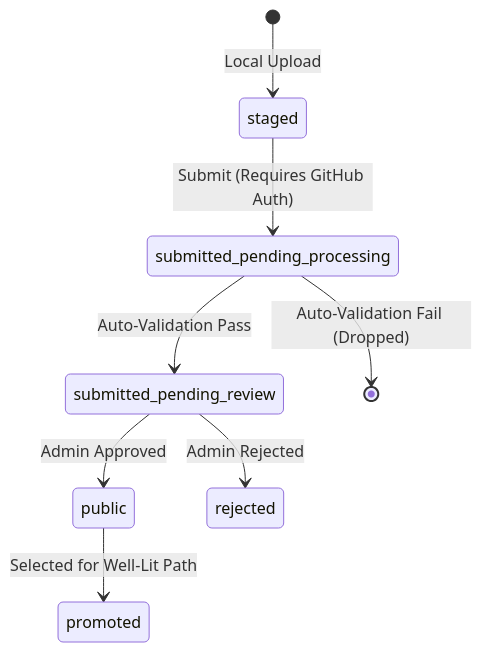
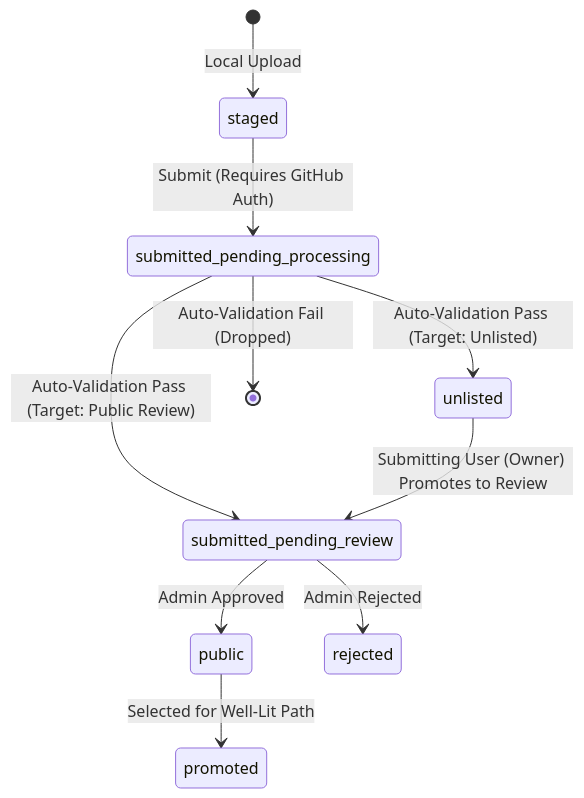
One commit to Raji14/llm-d-prism changed the diagram in specs/main/completed/results-api/README.md. Above: the diagram before and after it, drawn with Mermaid. The commit also changed other lines of this file and 16 other files, not shown here.

````diff
--- a/specs/main/completed/results-api/README.md
+++ b/specs/main/completed/results-api/README.md
@@ -179,10 +203,12 @@
 ```mermaid
 stateDiagram-v2
     [*] --> staged : Local Upload
     staged --> submitted_pending_processing : Submit (Requires GitHub Auth)
-    submitted_pending_processing --> submitted_pending_review : Auto-Validation Pass
+    submitted_pending_processing --> unlisted : Auto-Validation Pass (Target: Unlisted)
+    submitted_pending_processing --> submitted_pending_review : Auto-Validation Pass (Target: Public Review)
     submitted_pending_processing --> [*] : Auto-Validation Fail (Dropped)
+    unlisted --> submitted_pending_review : Submitting User (Owner) Promotes to Review
     submitted_pending_review --> public : Admin Approved
     submitted_pending_review --> rejected : Admin Rejected
     public --> promoted : Selected for Well-Lit Path
 ```
````
